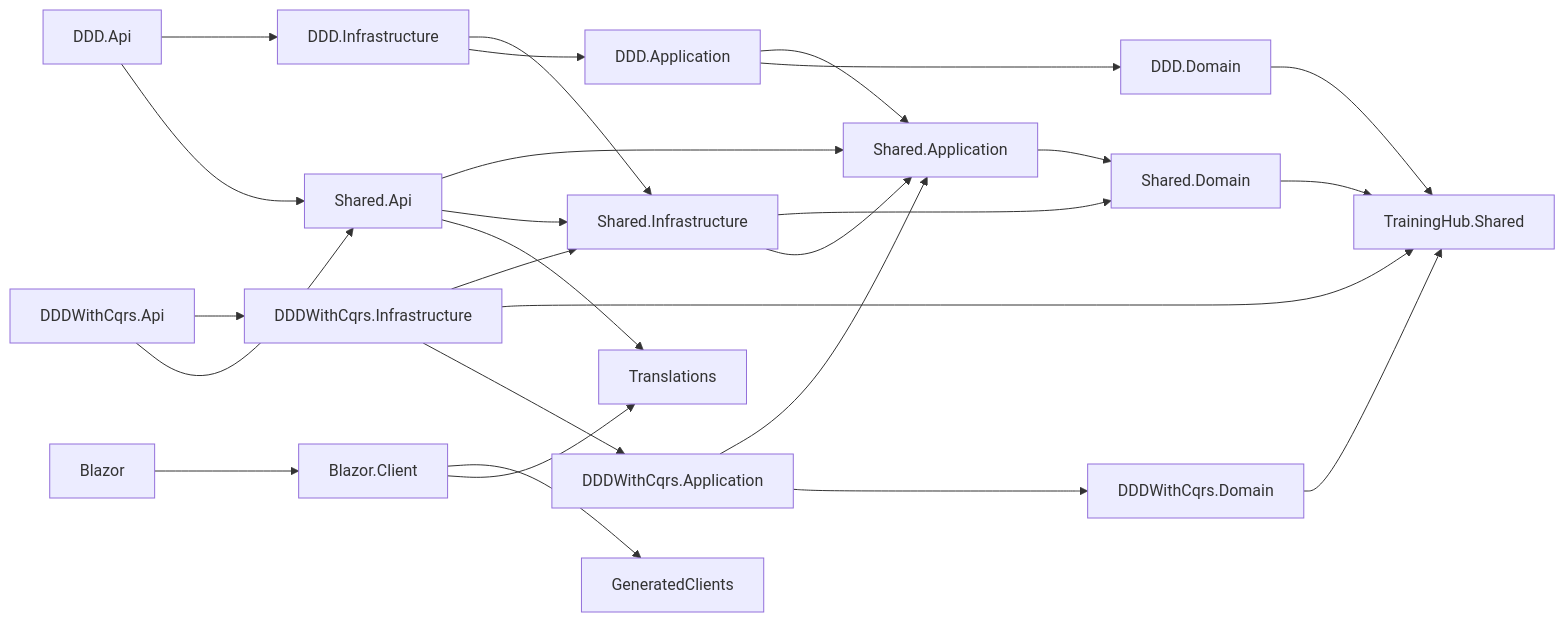
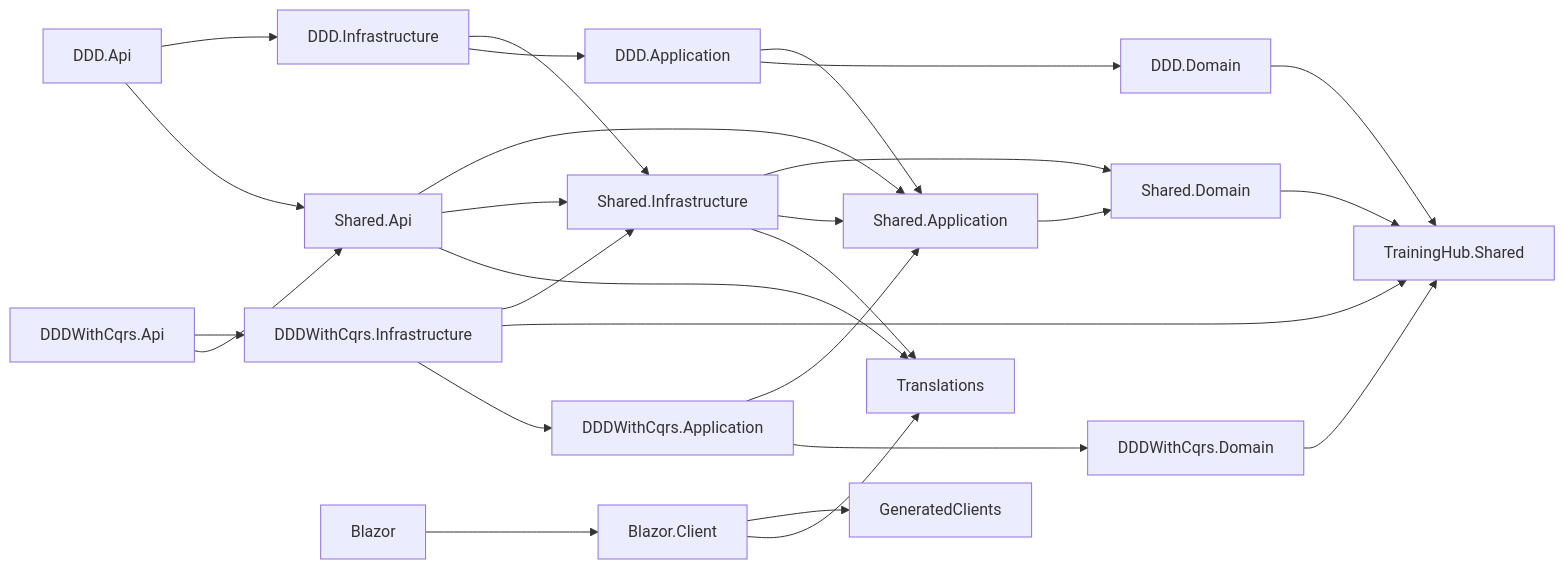
Before and after one commit to maxime-poulain/BLRefactoring: the second of 5 diagrams in README.md, drawn with Mermaid. The commit also changed other lines of this file and 121 other files, not shown here.

````diff
--- a/README.md
+++ b/README.md
@@ -177,52 +177,53 @@
 ```mermaid
 flowchart LR
     Kernel["TrainingHub.Shared"]
     Domain["Shared.Domain"]
     SharedApp["Shared.Application"]
     SharedInfra["Shared.Infrastructure"]
     SharedApi["Shared.Api"]
 
     DddDomain["DDD.Domain"]
     DddApp["DDD.Application"]
     DddInfra["DDD.Infrastructure"]
     DddApi["DDD.Api"]
 
     CqrsDomain["DDDWithCqrs.Domain"]
     CqrsApp["DDDWithCqrs.Application"]
     CqrsInfra["DDDWithCqrs.Infrastructure"]
     CqrsApi["DDDWithCqrs.Api"]
 
     Clients["GeneratedClients"]
     Translations["Translations"]
     BlazorClient["Blazor.Client"]
     BlazorHost["Blazor"]
 
     Domain --> Kernel
     SharedApp --> Domain
     SharedInfra --> Domain
     SharedInfra --> SharedApp
+    SharedInfra --> Translations
     SharedApi --> SharedApp
     SharedApi --> SharedInfra
     SharedApi --> Translations
 
     DddDomain --> Kernel
     DddApp --> SharedApp
     DddApp --> DddDomain
     DddInfra --> SharedInfra
     DddInfra --> DddApp
     DddApi --> DddInfra
     DddApi --> SharedApi
 
     CqrsDomain --> Kernel
     CqrsApp --> SharedApp
     CqrsApp --> CqrsDomain
     CqrsInfra --> SharedInfra
     CqrsInfra --> Kernel
     CqrsInfra --> CqrsApp
     CqrsApi --> CqrsInfra
     CqrsApi --> SharedApi
 
     BlazorClient --> Clients
     BlazorClient --> Translations
     BlazorHost --> BlazorClient
 ```
````
